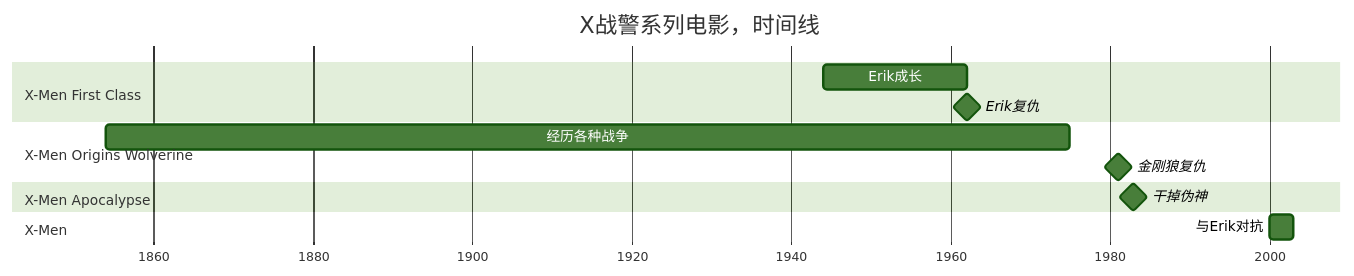
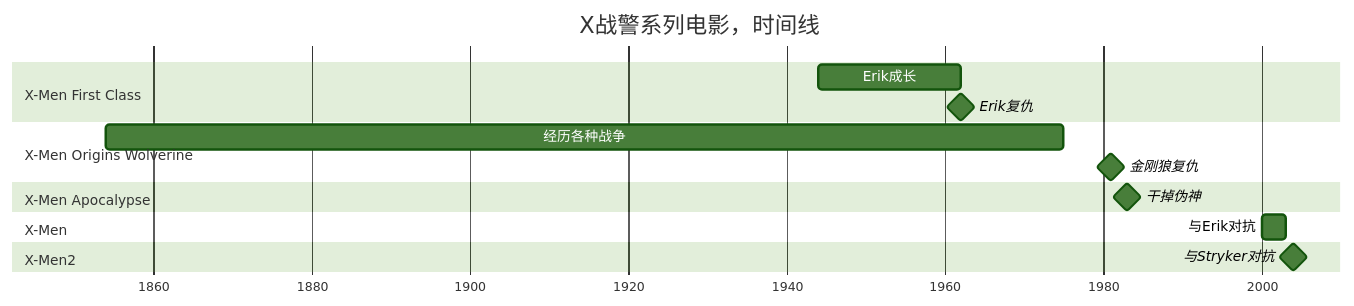
Before and after one commit to unclehuzi/unclehuzi.github.io: the diagram in 2021/11/life-movie-x-men/index.md, drawn with Mermaid (forest theme). The commit also changed other lines of this file and 11 other files, not shown here.

```diff
--- a/2021/11/life-movie-x-men/index.md
+++ b/2021/11/life-movie-x-men/index.md
@@ -10,21 +10,24 @@
 {{< mermaid >}}
 gantt
     dateFormat YYYY
     axisFormat %Y
     title X战警系列电影，时间线
 
     section X-Men First Class
     Erik成长  : 1944,1962
     Erik复仇  : milestone,1962,1962
 
     section X-Men Origins Wolverine
     经历各种战争 : 1854,1975
     金刚狼复仇: milestone,1981,1981
 
 
     section X-Men Apocalypse
     干掉伪神 : milestone,1983,1983
 
     section X-Men
     与Erik对抗 : 2000,2003
+
+    section X-Men2
+    与Stryker对抗 : milestone,2004,2004
 {{< /mermaid >}}
```
